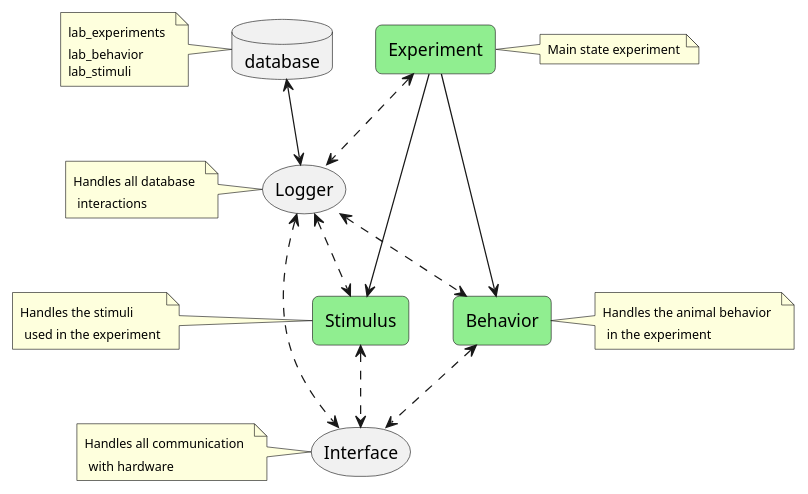
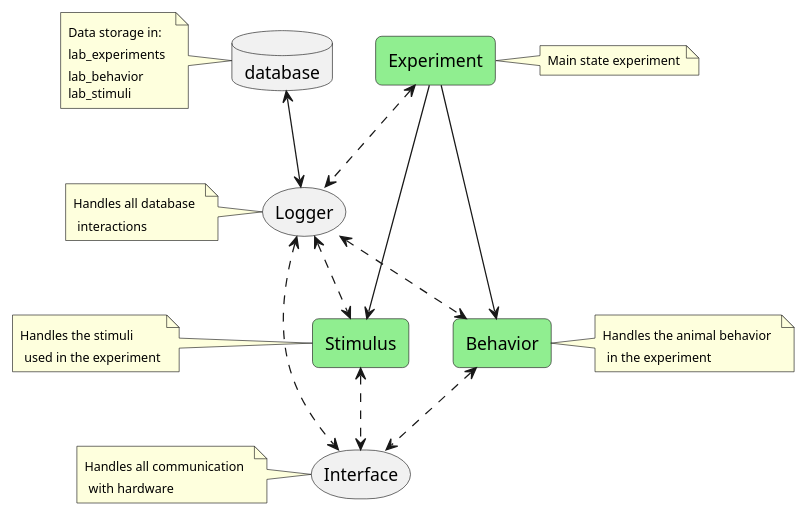
Before and after one commit to ef-lab/EthoPy: the diagram in utils/modules.iuml, drawn with PlantUML. The commit also changed 2 other files, not shown here.

```diff
--- a/utils/modules.iuml
+++ b/utils/modules.iuml
@@ -1,24 +1,24 @@
 @startuml
 skinparam rectangleRoundCorner 10
 rectangle Experiment #lightgreen
 rectangle Stimulus #lightgreen
 rectangle Behavior #lightgreen
 storage Logger
 storage Interface
 database database
 Logger<-up->database
 Experiment -down--> Stimulus
 Experiment -down--> Behavior
 Experiment <.down.> Logger
 Stimulus <.up.> Logger
 Behavior <.left.> Logger
 Stimulus <.down.> Interface
 Behavior <.down.> Interface
 Logger <.right.> Interface
 note right of Experiment : <size:10>Main state experiment</size>
 note right of Behavior : <size:10>Handles the animal behavior</size> \n <size:10>in the experiment</size>
 note left of Stimulus : <size:10>Handles the stimuli</size> \n <size:10>used in the experiment</size>
 note left of Logger : <size:10>Handles all database</size> \n <size:10>interactions</size>
 note left of Interface : <size:10>Handles all communication</size> \n <size:10>with hardware</size>
-note left of database : <size:10>lab_experiments</size> \n<size:10>lab_behavior</size> \n<size:10>lab_stimuli</size>
+note left of database : <size:10>Data storage in:</size> \n<size:10>lab_experiments</size> \n<size:10>lab_behavior</size> \n<size:10>lab_stimuli</size>
 @enduml
```
